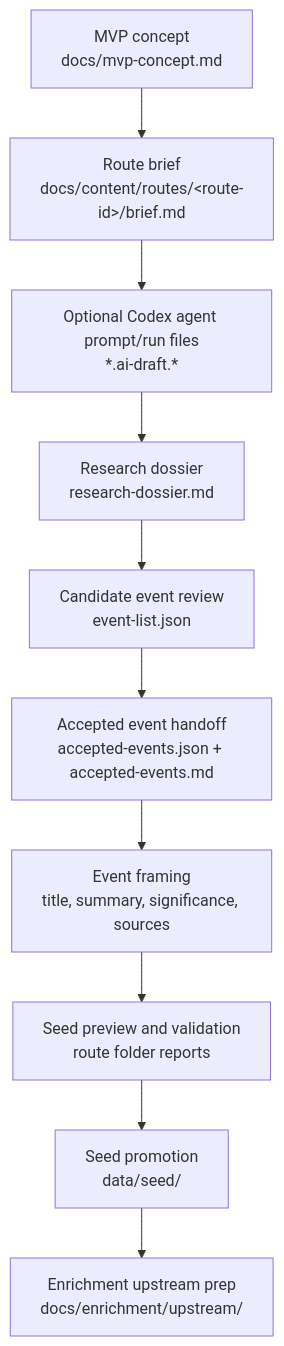
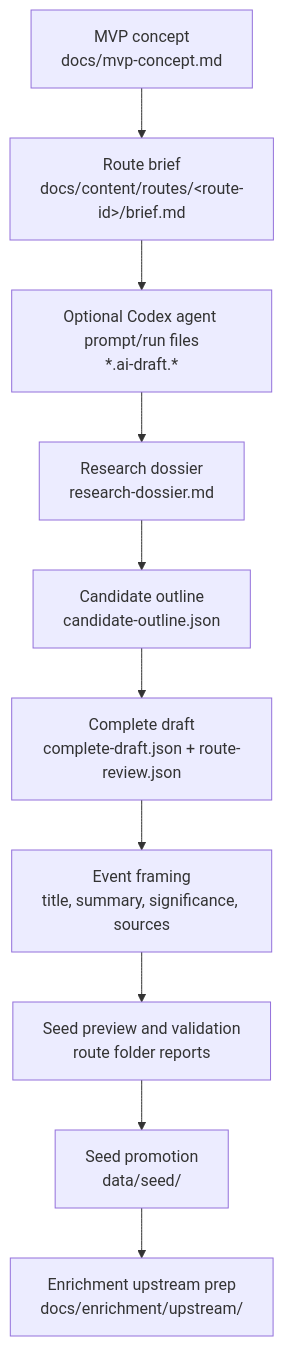
Before and after one commit to gititinyoursoul/soundatlas: the diagram in docs/content/editorial-workflow.md, drawn with Mermaid. The commit also changed other lines of this file and 5 other files, not shown here.

First line of the commit message:
feat(content): replace accepted-events gate

````diff
--- a/docs/content/editorial-workflow.md
+++ b/docs/content/editorial-workflow.md
@@ -40,12 +40,12 @@
 ```mermaid
 flowchart TD
   A["MVP concept<br/>docs/mvp-concept.md"] --> B["Route brief<br/>docs/content/routes/&lt;route-id&gt;/brief.md"]
   B --> I["Optional Codex agent prompt/run files<br/>*.ai-draft.*"]
   I --> C["Research dossier<br/>research-dossier.md"]
-  C --> D["Candidate event review<br/>event-list.json"]
-  D --> J["Accepted event handoff<br/>accepted-events.json + accepted-events.md"]
-  J --> E["Event framing<br/>title, summary, significance, sources"]
+  C --> D["Candidate outline<br/>candidate-outline.json"]
+  D --> K["Complete draft<br/>complete-draft.json + route-review.json"]
+  K --> E["Event framing<br/>title, summary, significance, sources"]
   E --> H["Seed preview and validation<br/>route folder reports"]
   H --> F["Seed promotion<br/>data/seed/"]
   F --> G["Enrichment upstream prep<br/>docs/enrichment/upstream/"]
 ```
````
